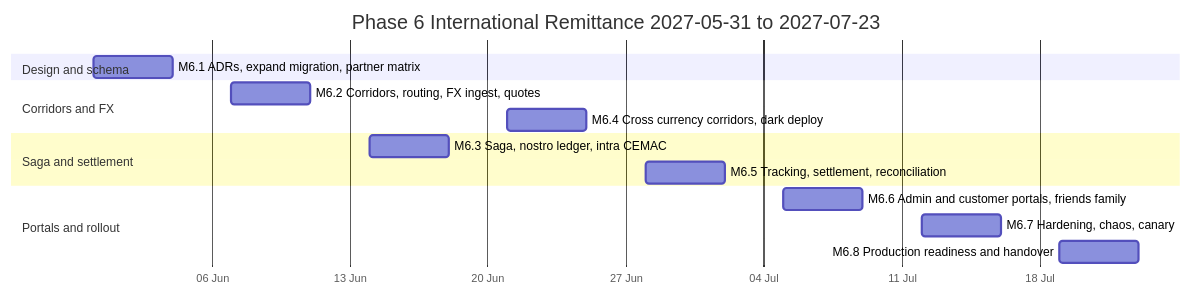
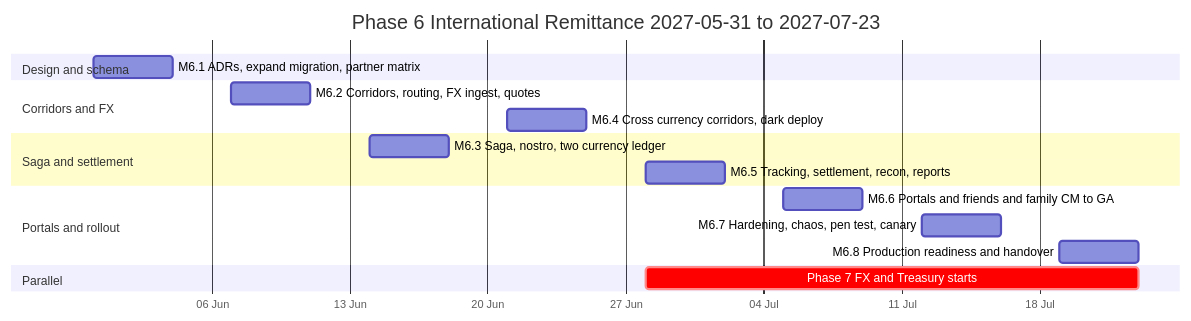
Before and after one commit to wouapit999/wouapit999: the first of 6 diagrams in docs/phases/phase-06-international.md, drawn with Mermaid. The commit also changed other lines of this file and 5 other files, not shown here.

````diff
--- a/docs/phases/phase-06-international.md
+++ b/docs/phases/phase-06-international.md
@@ -82,18 +82,20 @@
 ```mermaid
 gantt
   title Phase 6 International Remittance 2027-05-31 to 2027-07-23
   dateFormat YYYY-MM-DD
   axisFormat %d %b
   section Design and schema
-  M6.1 ADRs, expand migration, partner matrix       :m1, 2027-05-31, 2027-06-04
+  M6.1 ADRs, expand migration, partner matrix      :m1, 2027-05-31, 2027-06-04
   section Corridors and FX
-  M6.2 Corridors, routing, FX ingest, quotes        :m2, 2027-06-07, 2027-06-11
-  M6.4 Cross currency corridors, dark deploy        :m4, 2027-06-21, 2027-06-25
+  M6.2 Corridors, routing, FX ingest, quotes       :m2, 2027-06-07, 2027-06-11
+  M6.4 Cross currency corridors, dark deploy       :m4, 2027-06-21, 2027-06-25
   section Saga and settlement
-  M6.3 Saga, nostro ledger, intra CEMAC             :m3, 2027-06-14, 2027-06-18
-  M6.5 Tracking, settlement, reconciliation         :m5, 2027-06-28, 2027-07-02
+  M6.3 Saga, nostro, two currency ledger           :m3, 2027-06-14, 2027-06-18
+  M6.5 Tracking, settlement, recon, reports        :m5, 2027-06-28, 2027-07-02
   section Portals and rollout
-  M6.6 Admin and customer portals, friends family   :m6, 2027-07-05, 2027-07-09
-  M6.7 Hardening, chaos, canary                     :m7, 2027-07-12, 2027-07-16
-  M6.8 Production readiness and handover            :m8, 2027-07-19, 2027-07-23
+  M6.6 Portals and friends and family CM to GA     :m6, 2027-07-05, 2027-07-09
+  M6.7 Hardening, chaos, pen test, canary          :m7, 2027-07-12, 2027-07-16
+  M6.8 Production readiness and handover           :m8, 2027-07-19, 2027-07-23
+  section Parallel
+  Phase 7 FX and Treasury starts                   :crit, 2027-06-28, 2027-07-23
 ```
````
